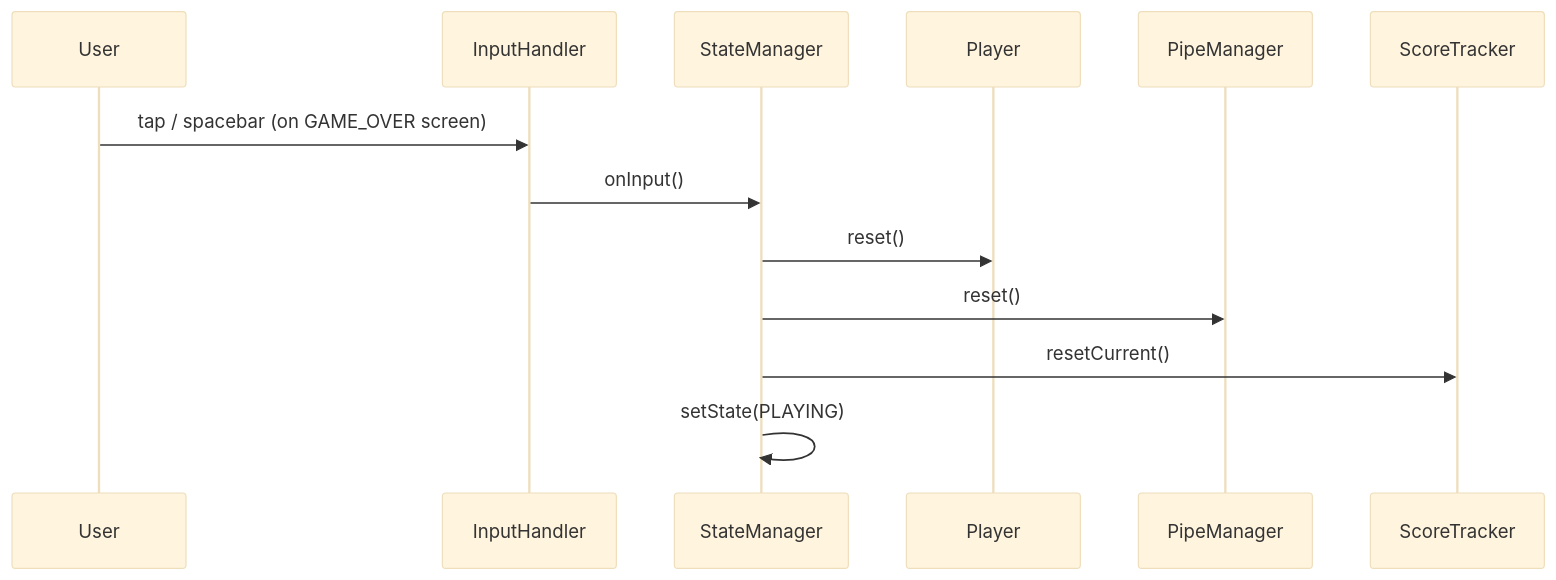
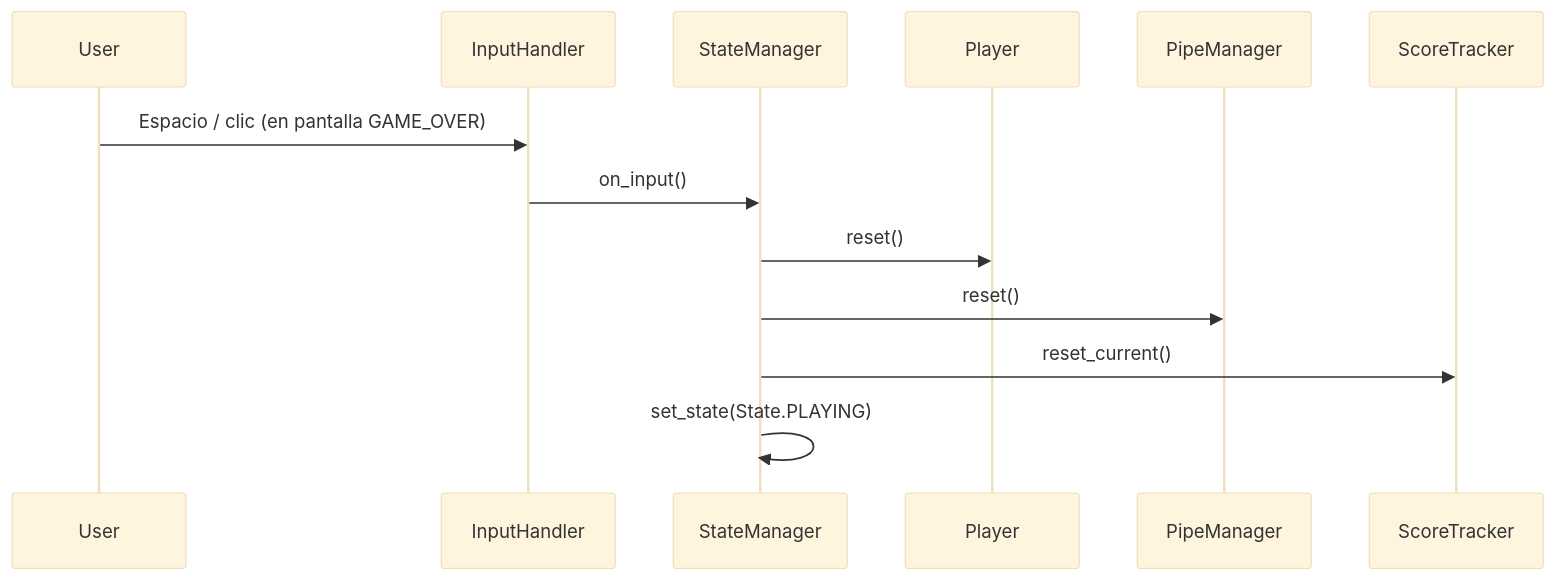
Before and after one commit to RnnoSd/kiro-introduction: the fourth of 4 diagrams in .kiro/specs/kiro-endless-runner/design.md, drawn with Mermaid (base theme). The commit also changed other lines of this file, not shown here.

````diff
--- a/.kiro/specs/kiro-endless-runner/design.md
+++ b/.kiro/specs/kiro-endless-runner/design.md
@@ -101,16 +99,16 @@
 ```mermaid
 sequenceDiagram
     participant User
     participant IH as InputHandler
     participant SM as StateManager
     participant Player
     participant PM as PipeManager
     participant ST as ScoreTracker
 
-    User->>IH: tap / spacebar (on GAME_OVER screen)
-    IH->>SM: onInput()
+    User->>IH: Espacio / clic (en pantalla GAME_OVER)
+    IH->>SM: on_input()
     SM->>Player: reset()
     SM->>PM: reset()
-    SM->>ST: resetCurrent()
-    SM->>SM: setState(PLAYING)
+    SM->>ST: reset_current()
+    SM->>SM: set_state(State.PLAYING)
 ```
````
